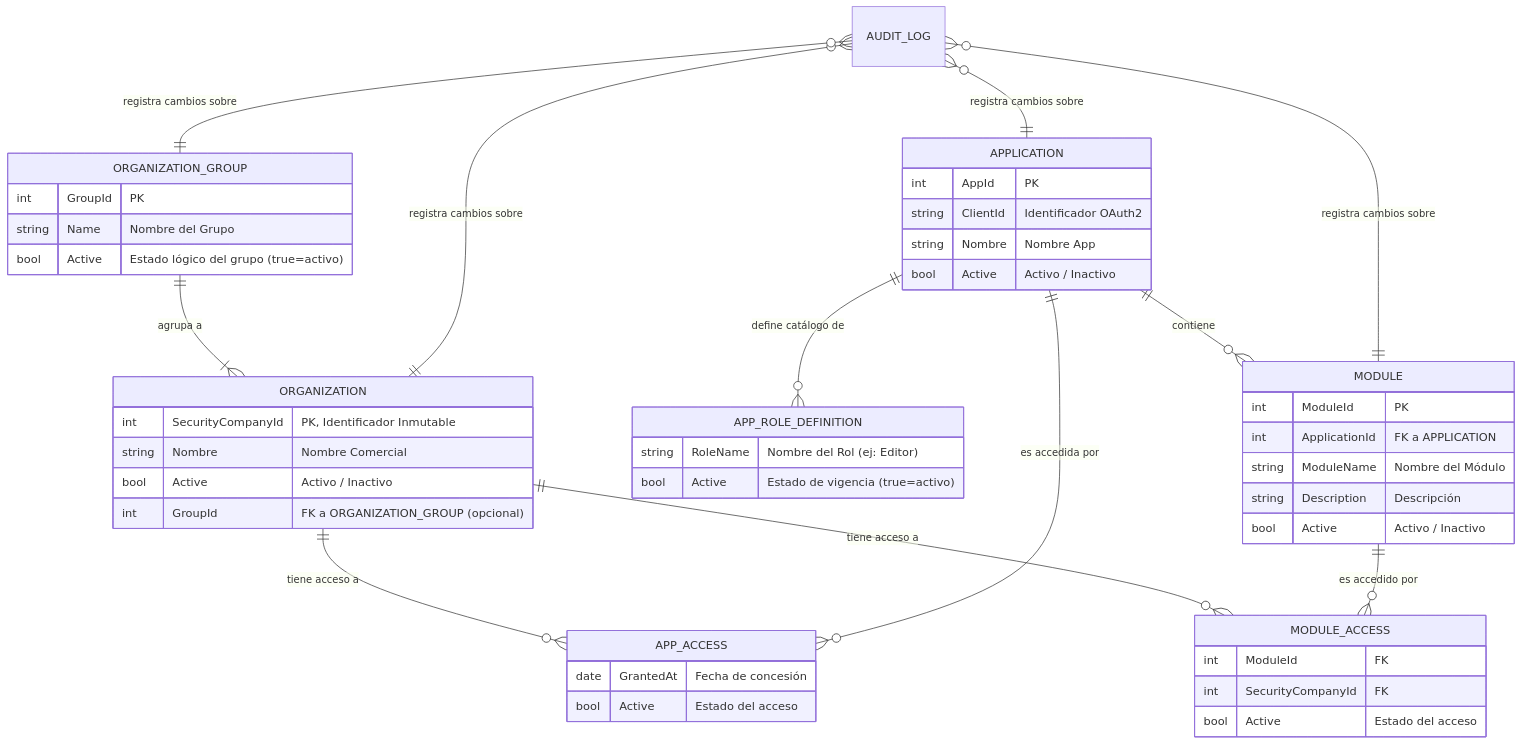
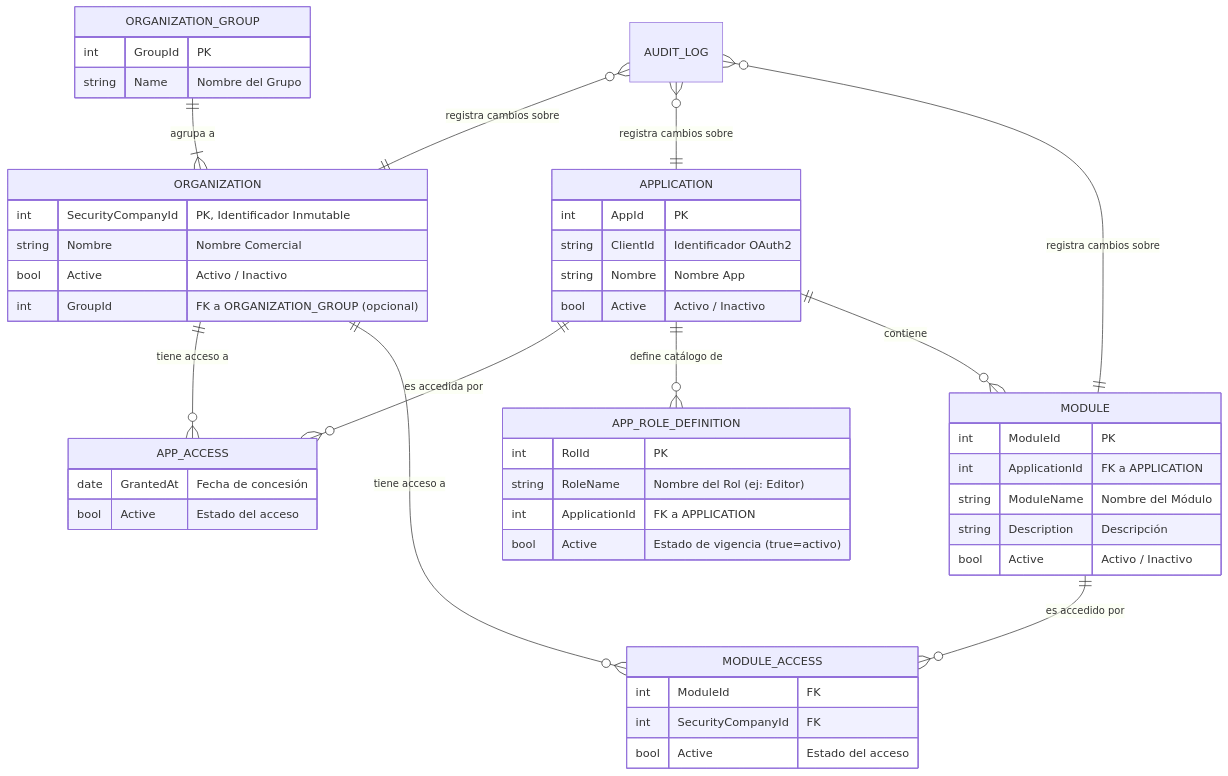
The sixth of 7 diagrams in 01-Descripción general del Producto.md (malbert-infoport/AI4Devs), drawn with Mermaid before and after one commit. The commit also changed other lines of this file and 1 other file, not shown here.

````diff
--- a/01-Descripción general del Producto.md
+++ b/01-Descripción general del Producto.md
@@ -518,59 +504,59 @@
 ```mermaid
 erDiagram
     ORGANIZATION_GROUP ||--|{ ORGANIZATION : "agrupa a"
     ORGANIZATION ||--o{ APP_ACCESS : "tiene acceso a"
     ORGANIZATION ||--o{ MODULE_ACCESS : "tiene acceso a"
     
     ORGANIZATION_GROUP {
         int GroupId "PK"
         string Name "Nombre del Grupo"
-        bool Active "Estado lógico del grupo (true=activo)"
     }
 
     ORGANIZATION {
         int SecurityCompanyId "PK, Identificador Inmutable"
         string Nombre "Nombre Comercial"
         bool Active "Activo / Inactivo"
         int GroupId "FK a ORGANIZATION_GROUP (opcional)"
     }
     
     APPLICATION ||--o{ APP_ACCESS : "es accedida por"
     APPLICATION ||--o{ APP_ROLE_DEFINITION : "define catálogo de"
     APPLICATION ||--o{ MODULE : "contiene"
     APPLICATION {
         int AppId "PK"
         string ClientId "Identificador OAuth2"
         string Nombre "Nombre App"
         bool Active "Activo / Inactivo"
     }
     
     MODULE ||--o{ MODULE_ACCESS : "es accedido por"
     MODULE {
         int ModuleId "PK"
         int ApplicationId "FK a APPLICATION"
         string ModuleName "Nombre del Módulo"
         string Description "Descripción"
         bool Active "Activo / Inactivo"
     }
     
     MODULE_ACCESS {
         int ModuleId "FK"
         int SecurityCompanyId "FK"
         bool Active "Estado del acceso"
     }
     
     APP_ROLE_DEFINITION {
+        int RolId "PK"
         string RoleName "Nombre del Rol (ej: Editor)"
+        int ApplicationId "FK a APPLICATION"
         bool Active "Estado de vigencia (true=activo)"
     }
     
     APP_ACCESS {
         date GrantedAt "Fecha de concesión"
         bool Active "Estado del acceso"
     }
     
     AUDIT_LOG }o--|| ORGANIZATION : "registra cambios sobre"
     AUDIT_LOG }o--|| APPLICATION : "registra cambios sobre"
-    AUDIT_LOG }o--|| ORGANIZATION_GROUP : "registra cambios sobre"
     AUDIT_LOG }o--|| MODULE : "registra cambios sobre"
 ```
````
